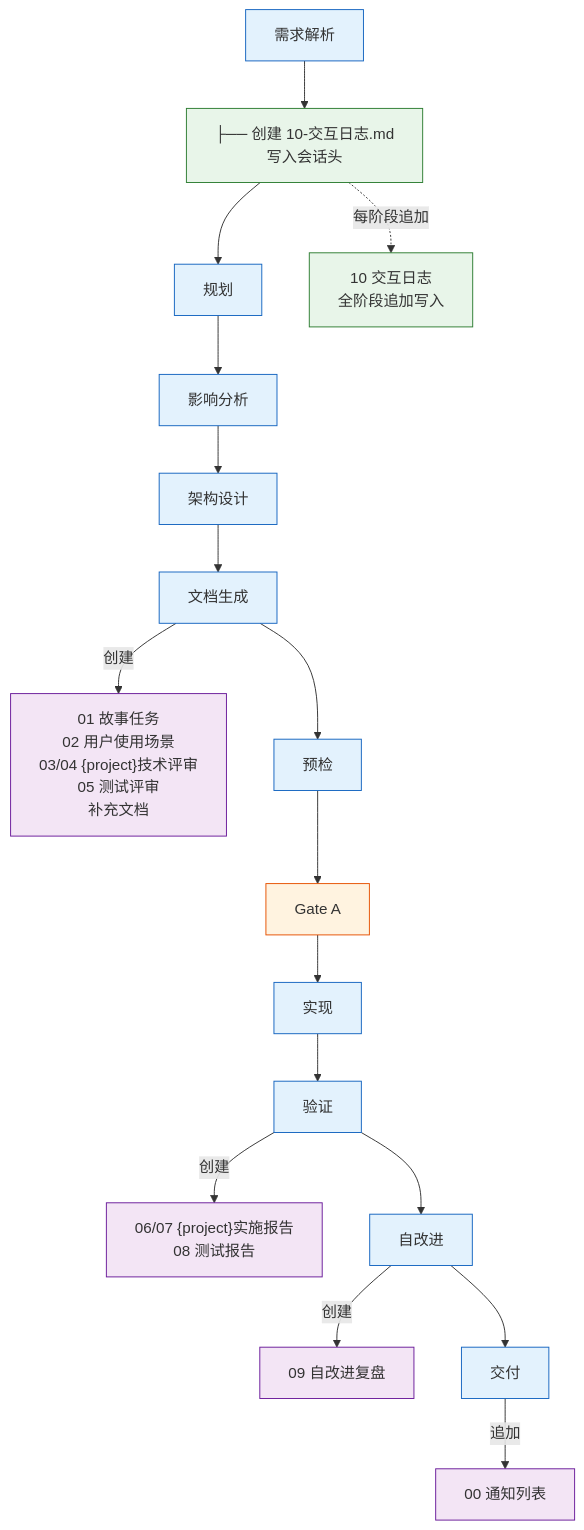
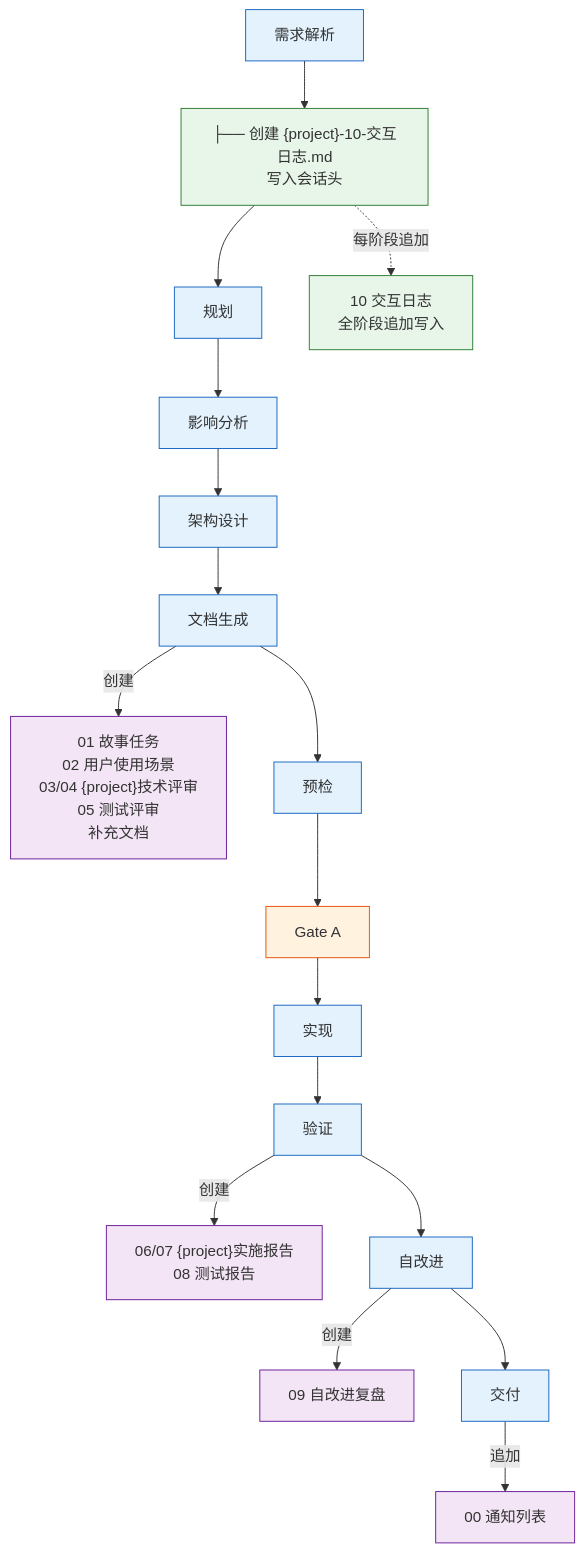
The second of 5 diagrams in skills/rui/coder.md (effiy/YrY), drawn with Mermaid before and after one commit. The commit also changed other lines of this file and 17 other files, not shown here.

````diff
--- a/skills/rui/coder.md
+++ b/skills/rui/coder.md
@@ -79,24 +79,24 @@
 ```mermaid
 flowchart TB
-    A["需求解析"]:::phase --> A1["├── 创建 10-交互日志.md<br/>写入会话头"]:::log
+    A["需求解析"]:::phase --> A1["├── 创建 {project}-10-交互日志.md<br/>写入会话头"]:::log
     A1 --> B["规划"]:::phase
     B --> C["影响分析"]:::phase
     C --> D["架构设计"]:::phase
     D --> E["文档生成"]:::phase
     E -->|"创建"| E1["01 故事任务<br/>02 用户使用场景<br/>03/04 {project}技术评审<br/>05 测试评审<br/>补充文档"]:::create
     E --> F["预检"]:::phase
     F --> G["Gate A"]:::gate
     G --> H["实现"]:::phase
     H --> I["验证"]:::phase
     I -->|"创建"| I1["06/07 {project}实施报告<br/>08 测试报告"]:::create
     I --> J["自改进"]:::phase
     J -->|"创建"| J1["09 自改进复盘"]:::create
     J --> K["交付"]:::phase
     K -->|"追加"| K1["00 通知列表"]:::create
     A1 -.->|"每阶段追加"| A2["10 交互日志<br/>全阶段追加写入"]:::log
 
     classDef phase fill:#e3f2fd,stroke:#1565c0;
     classDef gate fill:#fff3e0,stroke:#e65100;
     classDef create fill:#f3e5f5,stroke:#6a1b9a;
     classDef log fill:#e8f5e9,stroke:#2e7d32;
 ```
````
